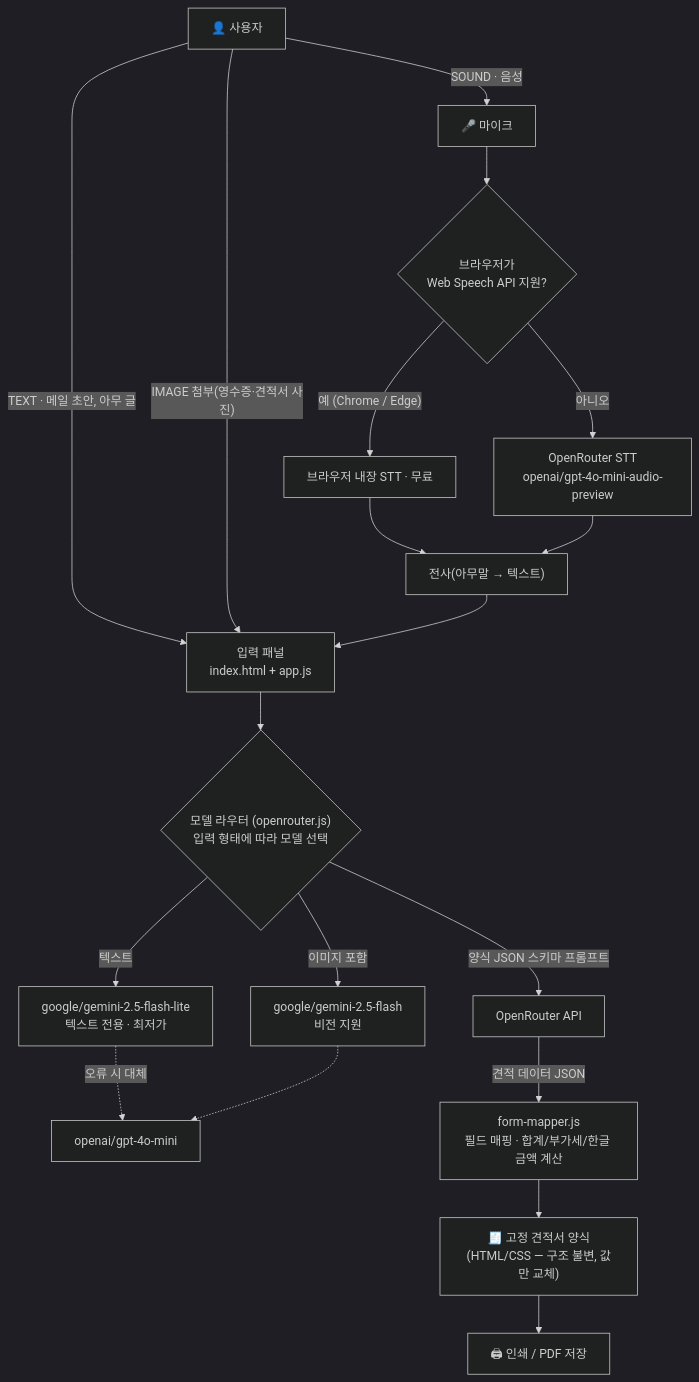
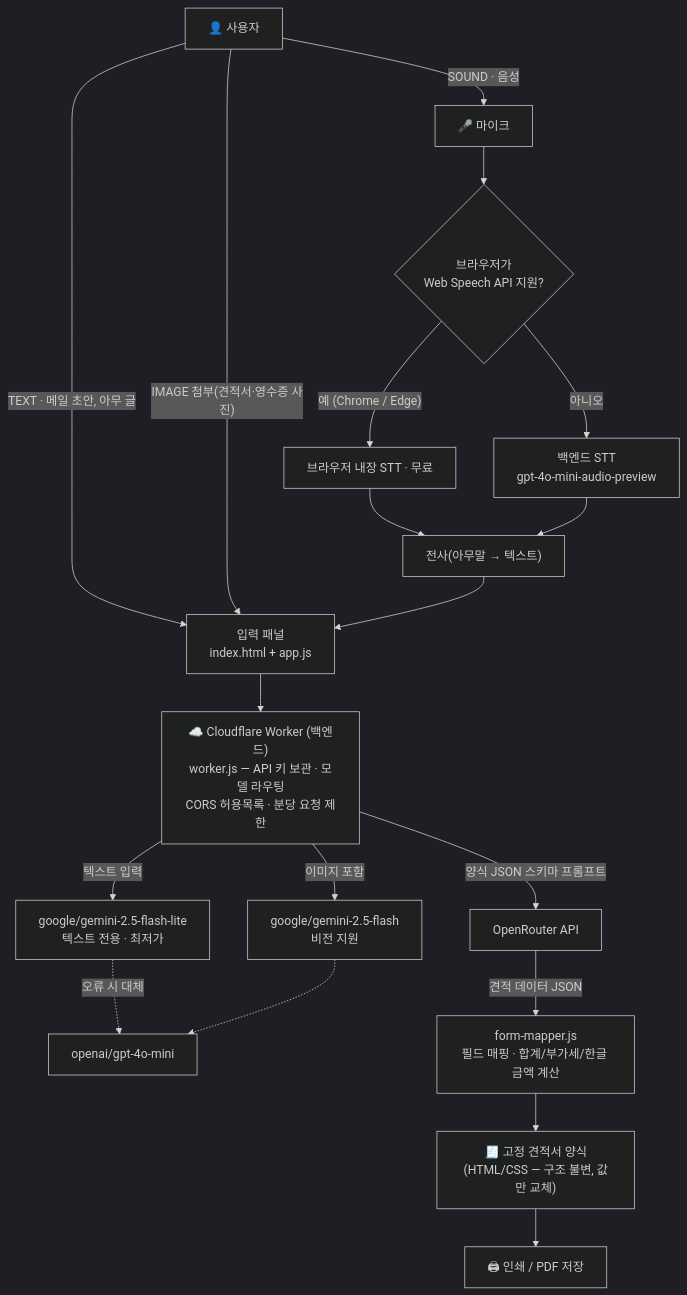
One commit to HanByeol-1star/autodocs changed the diagram in README.md. Above: the diagram before and after it, drawn with Mermaid (dark theme). The commit also changed other lines of this file and 7 other files, not shown here.

Commit message:
백엔드(Cloudflare Worker)에 API 키 숨기고 키 입력 없이 사용하도록 수정

````diff
--- a/README.md
+++ b/README.md
@@ -7,24 +11,23 @@
 ```mermaid
 flowchart TD
     U["👤 사용자"] -->|"TEXT · 메일 초안, 아무 글"| IN["입력 패널<br>index.html + app.js"]
     U -->|"SOUND · 음성"| MIC["🎤 마이크"]
-    U -->|"IMAGE 첨부(영수증·견적서 사진)"| IN
+    U -->|"IMAGE 첨부(견적서·영수증 사진)"| IN
 
     MIC --> SW{"브라우저가<br>Web Speech API 지원?"}
     SW -->|"예 (Chrome / Edge)"| BSTT["브라우저 내장 STT · 무료"]
-    SW -->|"아니오"| ORSTT["OpenRouter STT<br>openai/gpt-4o-mini-audio-preview"]
+    SW -->|"아니오"| WSTT["백엔드 STT<br>gpt-4o-mini-audio-preview"]
     BSTT --> TX["전사(아무말 → 텍스트)"]
-    ORSTT --> TX
+    WSTT --> TX
     TX --> IN
 
-    IN --> R{"모델 라우터 (openrouter.js)<br>입력 형태에 따라 모델 선택"}
-    R -->|"텍스트"| M1["google/gemini-2.5-flash-lite<br>텍스트 전용 · 최저가"]
-    R -->|"이미지 포함"| M2["google/gemini-2.5-flash<br>비전 지원"]
+    IN --> W["☁️ Cloudflare Worker (백엔드)<br>worker.js — API 키 보관 · 모델 라우팅<br>CORS 허용목록 · 분당 요청 제한"]
+    W -->|"텍스트 입력"| M1["google/gemini-2.5-flash-lite<br>텍스트 전용 · 최저가"]
+    W -->|"이미지 포함"| M2["google/gemini-2.5-flash<br>비전 지원"]
     M1 -.->|"오류 시 대체"| M3["openai/gpt-4o-mini"]
     M2 -.-> M3
-
-    R -->|"양식 JSON 스키마 프롬프트"| API["OpenRouter API"]
+    W -->|"양식 JSON 스키마 프롬프트"| API["OpenRouter API"]
     API -->|"견적 데이터 JSON"| MAP["form-mapper.js<br>필드 매핑 · 합계/부가세/한글 금액 계산"]
     MAP --> F["🧾 고정 견적서 양식<br>(HTML/CSS — 구조 불변, 값만 교체)"]
     F --> P["🖨 인쇄 / PDF 저장"]
 ```
````
